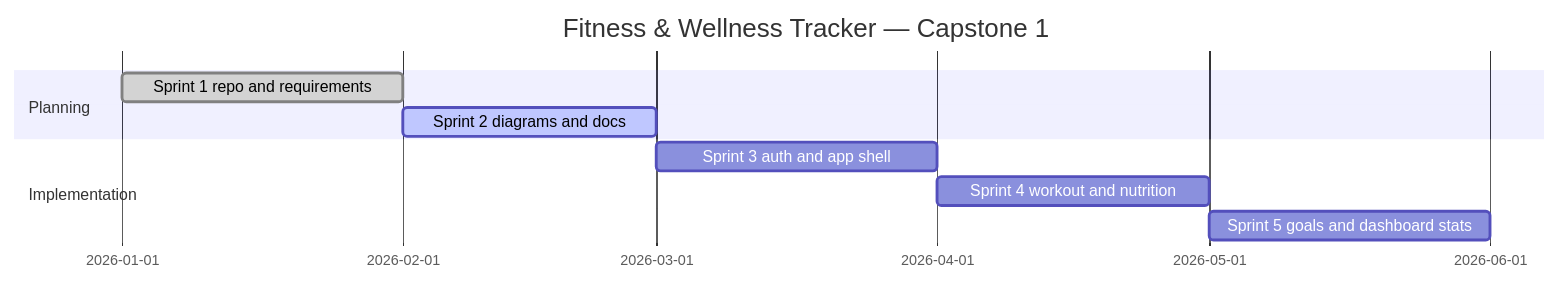
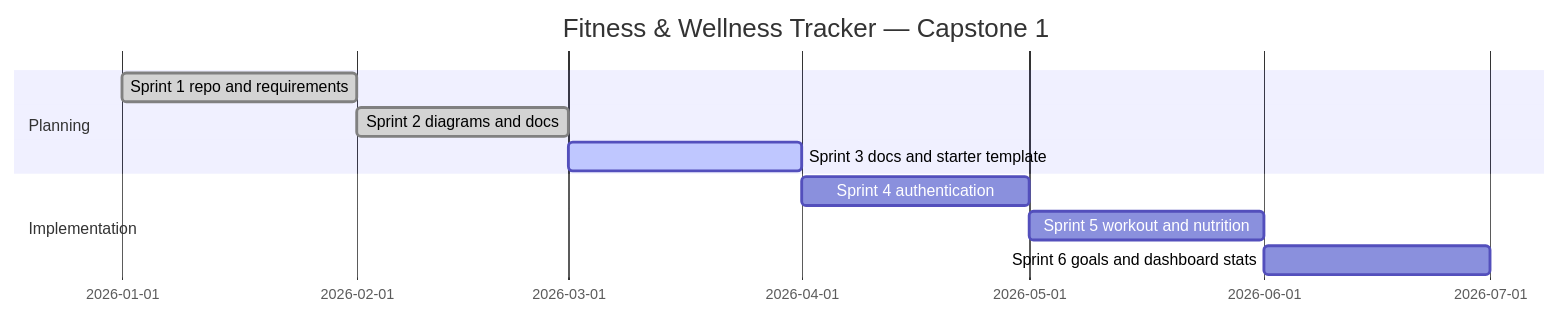
The diagram in docs/mvp-scope.md (aperez-999/fitness-wellness-tracker), drawn with Mermaid before and after one commit. The commit also changed other lines of this file and 2 other files, not shown here.

First line of the commit message:
docs: Add Sprint 3 implementation roadmap and update user stories

````diff
--- a/docs/mvp-scope.md
+++ b/docs/mvp-scope.md
@@ -42,12 +44,13 @@
 ```mermaid
 gantt
     title Fitness & Wellness Tracker — Capstone 1
     dateFormat YYYY-MM
     section Planning
     Sprint 1 repo and requirements     :done, 2026-01, 2026-02
-    Sprint 2 diagrams and docs         :active, 2026-02, 2026-03
+    Sprint 2 diagrams and docs         :done, 2026-02, 2026-03
+    Sprint 3 docs and starter template :active, 2026-03, 2026-04
     section Implementation
-    Sprint 3 auth and app shell        :2026-03, 2026-04
-    Sprint 4 workout and nutrition     :2026-04, 2026-05
-    Sprint 5 goals and dashboard stats :2026-05, 2026-06
+    Sprint 4 authentication          :2026-04, 2026-05
+    Sprint 5 workout and nutrition     :2026-05, 2026-06
+    Sprint 6 goals and dashboard stats :2026-06, 2026-07
 ```
````
